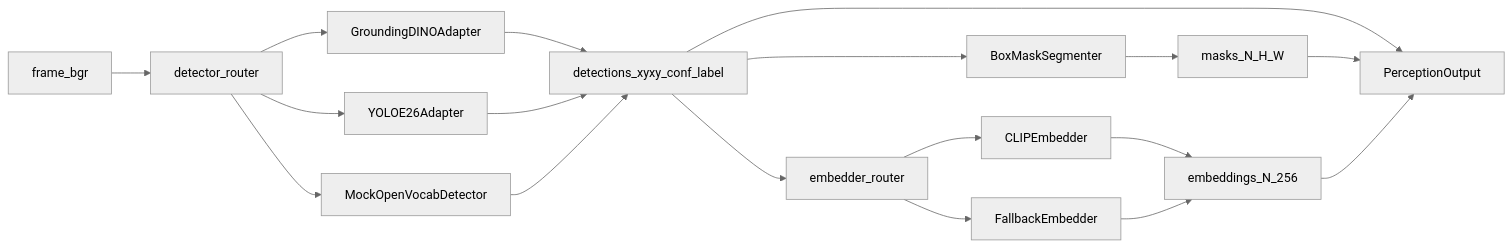
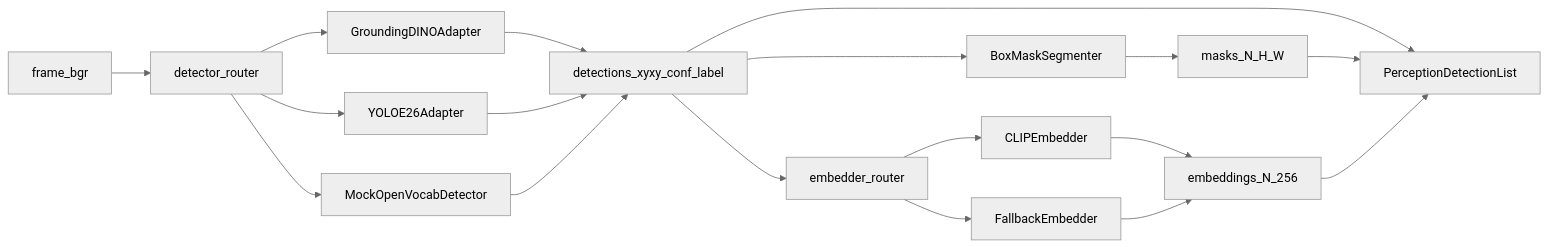
The second of 7 diagrams in docs/architecture.md (paribesh44/RiskSenseVLA), drawn with Mermaid (neutral theme) before and after one commit. The commit also changed other lines of this file and 1 other file, not shown here.

````diff
--- a/docs/architecture.md
+++ b/docs/architecture.md
@@ -36,20 +46,20 @@
 ```mermaid
 flowchart LR
   frameBgr[frame_bgr] --> detectorRouter[detector_router]
   detectorRouter --> gdino[GroundingDINOAdapter]
   detectorRouter --> yoloe[YOLOE26Adapter]
   detectorRouter --> mockdet[MockOpenVocabDetector]
   gdino --> dets[detections_xyxy_conf_label]
   yoloe --> dets
   mockdet --> dets
   dets --> segmenter[BoxMaskSegmenter]
   dets --> embedderRouter[embedder_router]
   embedderRouter --> clipEmbedder[CLIPEmbedder]
   embedderRouter --> fallbackEmbedder[FallbackEmbedder]
   clipEmbedder --> embeddings[embeddings_N_256]
   fallbackEmbedder --> embeddings
   segmenter --> masks[masks_N_H_W]
-  dets --> output[PerceptionOutput]
+  dets --> output[PerceptionDetectionList]
   masks --> output
   embeddings --> output
 ```
````
